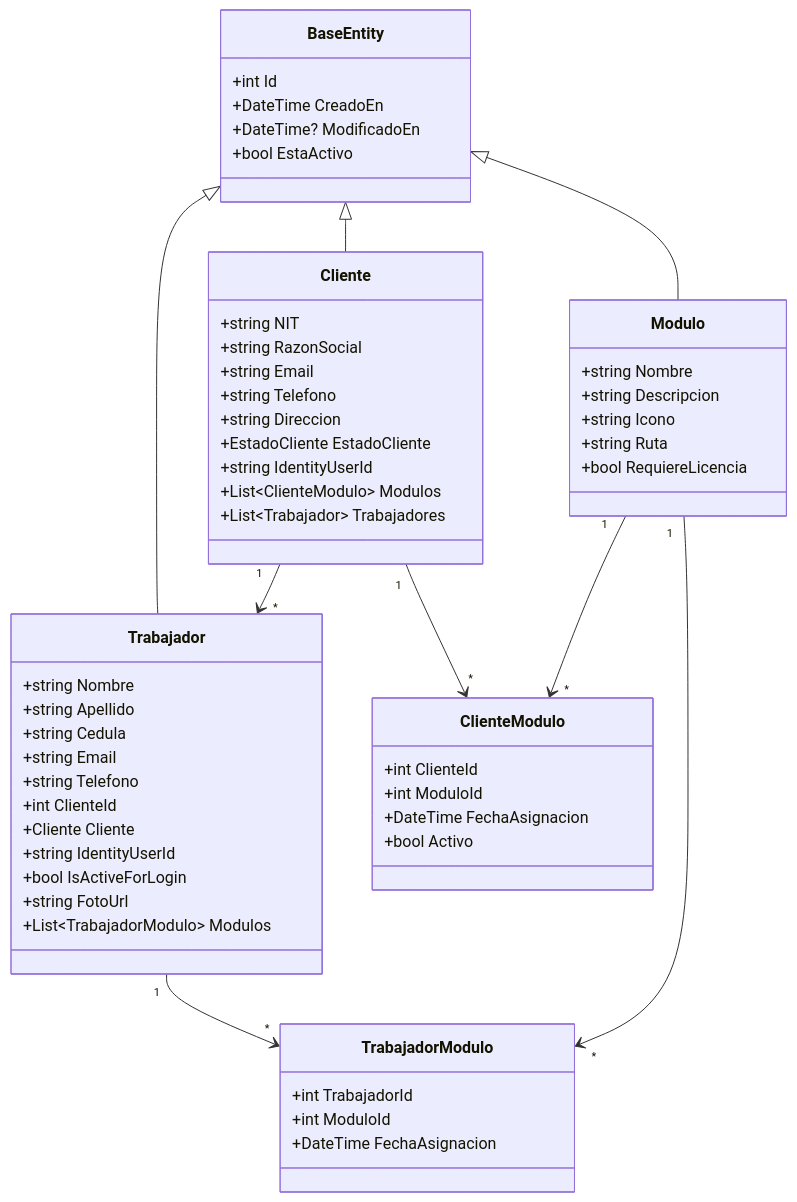
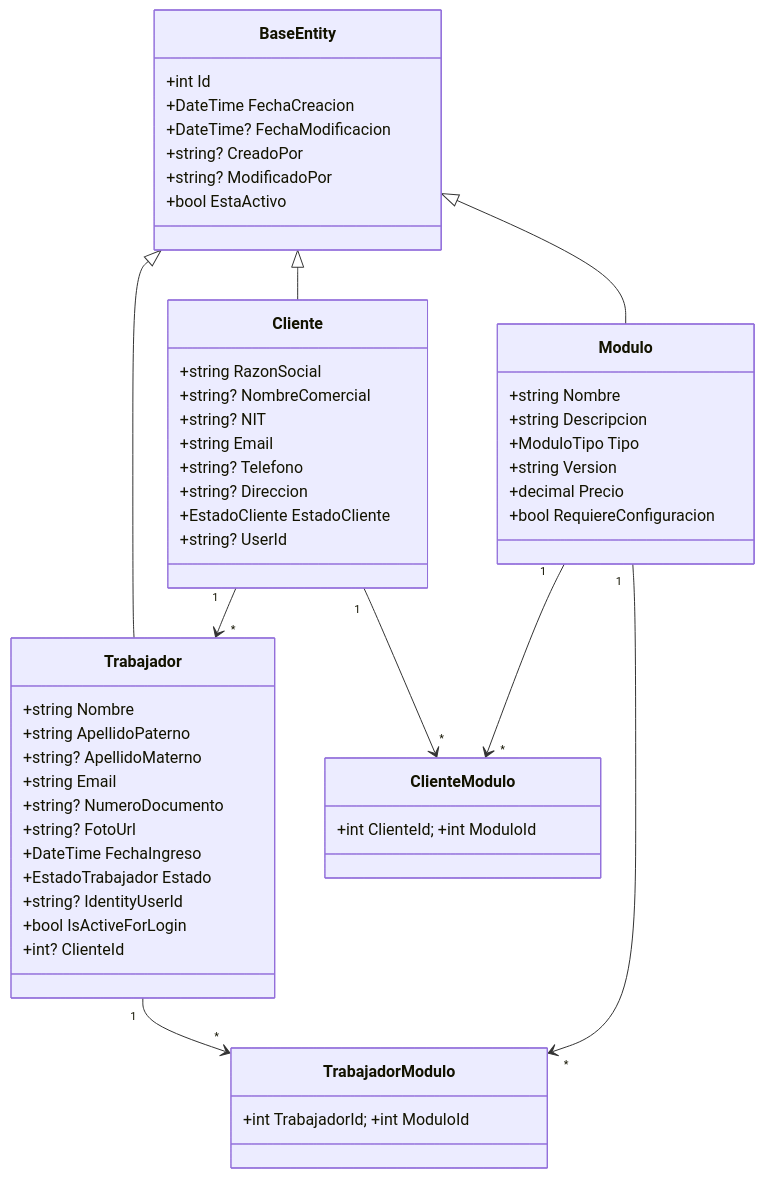
The first of 4 diagrams in ICARUS/diagramas/clases.md (luicahleo/DocumentacionProyectos), drawn with Mermaid before and after one commit. The commit also changed other lines of this file and 52 other files, not shown here.

````diff
--- a/ICARUS/diagramas/clases.md
+++ b/ICARUS/diagramas/clases.md
@@ -5,66 +10,53 @@
 ```mermaid
 classDiagram
     class BaseEntity {
         +int Id
-        +DateTime CreadoEn
-        +DateTime? ModificadoEn
+        +DateTime FechaCreacion
+        +DateTime? FechaModificacion
+        +string? CreadoPor
+        +string? ModificadoPor
         +bool EstaActivo
     }
-    
     class Cliente {
-        +string NIT
         +string RazonSocial
+        +string? NombreComercial
+        +string? NIT
         +string Email
-        +string Telefono
-        +string Direccion
+        +string? Telefono
+        +string? Direccion
         +EstadoCliente EstadoCliente
-        +string IdentityUserId
-        +List~ClienteModulo~ Modulos
-        +List~Trabajador~ Trabajadores
+        +string? UserId
     }
-    
     class Trabajador {
         +string Nombre
-        +string Apellido
-        +string Cedula
+        +string ApellidoPaterno
+        +string? ApellidoMaterno
         +string Email
-        +string Telefono
-        +int ClienteId
-        +Cliente Cliente
-        +string IdentityUserId
+        +string? NumeroDocumento
+        +string? FotoUrl
+        +DateTime FechaIngreso
+        +EstadoTrabajador Estado
+        +string? IdentityUserId
         +bool IsActiveForLogin
-        +string FotoUrl
-        +List~TrabajadorModulo~ Modulos
+        +int? ClienteId
     }
-    
     class Modulo {
         +string Nombre
         +string Descripcion
-        +string Icono
-        +string Ruta
-        +bool RequiereLicencia
+        +ModuloTipo Tipo
+        +string Version
+        +decimal Precio
+        +bool RequiereConfiguracion
     }
-    
-    class ClienteModulo {
-        +int ClienteId
-        +int ModuloId
-        +DateTime FechaAsignacion
-        +bool Activo
-    }
-    
-    class TrabajadorModulo {
-        +int TrabajadorId
-        +int ModuloId
-        +DateTime FechaAsignacion
-    }
-    
+    class ClienteModulo { +int ClienteId; +int ModuloId }
+    class TrabajadorModulo { +int TrabajadorId; +int ModuloId }
+
     BaseEntity <|-- Cliente
     BaseEntity <|-- Trabajador
     BaseEntity <|-- Modulo
-    
+    Cliente "1" --> "*" Trabajador
     Cliente "1" --> "*" ClienteModulo
-    Cliente "1" --> "*" Trabajador
     Modulo "1" --> "*" ClienteModulo
     Trabajador "1" --> "*" TrabajadorModulo
     Modulo "1" --> "*" TrabajadorModulo
 ```
````
